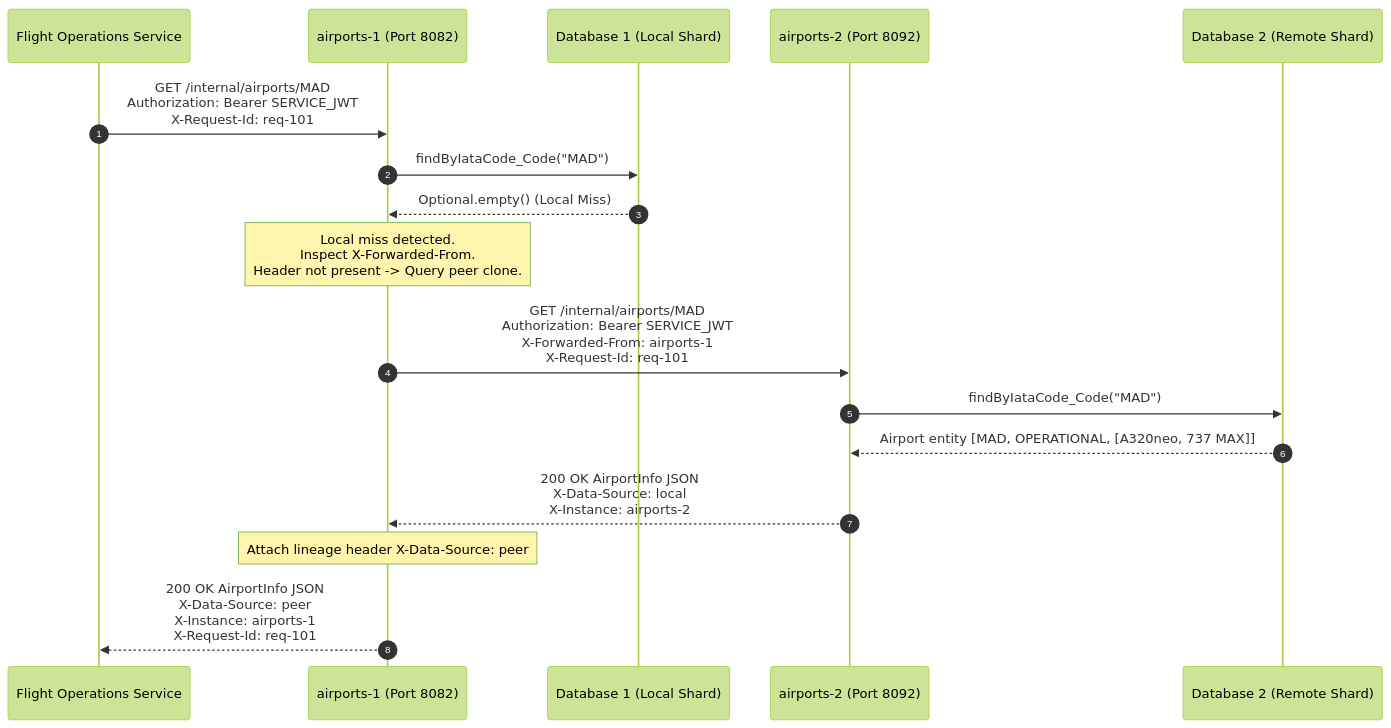
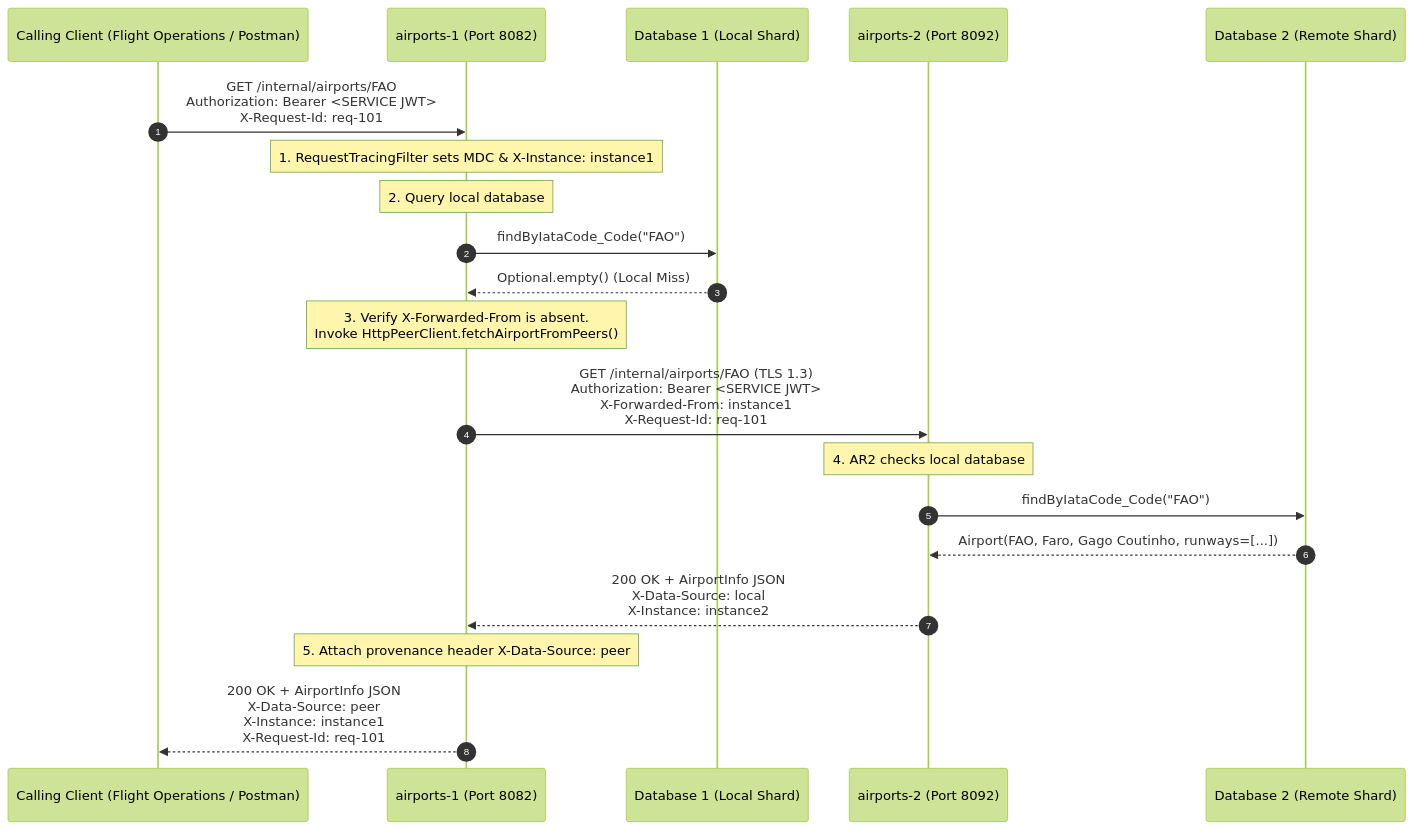
The third of 6 diagrams in docs/architecture.md (ImJay1527/airports-routes-service), drawn with Mermaid (forest theme) before and after one commit. The commit also changed other lines of this file and 5 other files, not shown here.

Commit message:
docs: align architecture, C4+1 model, and service contracts with peer services

````diff
--- a/docs/architecture.md
+++ b/docs/architecture.md
@@ -185,24 +255,28 @@
 ```mermaid
-%% Sequence Diagram: P2P Forwarding
+%% Sequence Diagram: P2P Query Forwarding
 sequenceDiagram
     autonumber
-    participant FO as Flight Operations Service
-    participant A1 as airports-1 (Port 8082)
+    participant Caller as Calling Client (Flight Operations / Postman)
+    participant AR1 as airports-1 (Port 8082)
     participant DB1 as Database 1 (Local Shard)
-    participant A2 as airports-2 (Port 8092)
+    participant AR2 as airports-2 (Port 8092)
     participant DB2 as Database 2 (Remote Shard)
 
-    FO->>A1: GET /internal/airports/MAD<br/>Authorization: Bearer SERVICE_JWT<br/>X-Request-Id: req-101
-    A1->>DB1: findByIataCode_Code("MAD")
-    DB1-->>A1: Optional.empty() (Local Miss)
+    Caller->>AR1: GET /internal/airports/FAO<br/>Authorization: Bearer <SERVICE JWT><br/>X-Request-Id: req-101
+    
+    Note over AR1: 1. RequestTracingFilter sets MDC & X-Instance: instance1
+    Note over AR1: 2. Query local database
+    AR1->>DB1: findByIataCode_Code("FAO")
+    DB1-->>AR1: Optional.empty() (Local Miss)
 
-    Note over A1: Local miss detected.<br/>Inspect X-Forwarded-From.<br/>Header not present -> Query peer clone.
+    Note over AR1: 3. Verify X-Forwarded-From is absent.<br/>Invoke HttpPeerClient.fetchAirportFromPeers()
+    AR1->>AR2: GET /internal/airports/FAO (TLS 1.3)<br/>Authorization: Bearer <SERVICE JWT><br/>X-Forwarded-From: instance1<br/>X-Request-Id: req-101
 
-    A1->>A2: GET /internal/airports/MAD<br/>Authorization: Bearer SERVICE_JWT<br/>X-Forwarded-From: airports-1<br/>X-Request-Id: req-101
-    A2->>DB2: findByIataCode_Code("MAD")
-    DB2-->>A2: Airport entity [MAD, OPERATIONAL, [A320neo, 737 MAX]]
-    A2-->>A1: 200 OK AirportInfo JSON<br/>X-Data-Source: local<br/>X-Instance: airports-2
-    
-    Note over A1: Attach lineage header X-Data-Source: peer
-    A1-->>FO: 200 OK AirportInfo JSON<br/>X-Data-Source: peer<br/>X-Instance: airports-1<br/>X-Request-Id: req-101
+    Note over AR2: 4. AR2 checks local database
+    AR2->>DB2: findByIataCode_Code("FAO")
+    DB2-->>AR2: Airport(FAO, Faro, Gago Coutinho, runways=[...])
+    AR2-->>AR1: 200 OK + AirportInfo JSON<br/>X-Data-Source: local<br/>X-Instance: instance2
+
+    Note over AR1: 5. Attach provenance header X-Data-Source: peer
+    AR1-->>Caller: 200 OK + AirportInfo JSON<br/>X-Data-Source: peer<br/>X-Instance: instance1<br/>X-Request-Id: req-101
 ```
````
